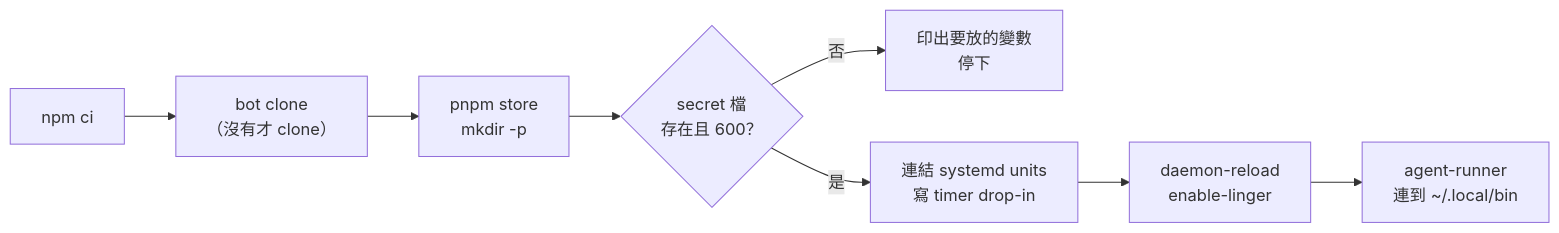
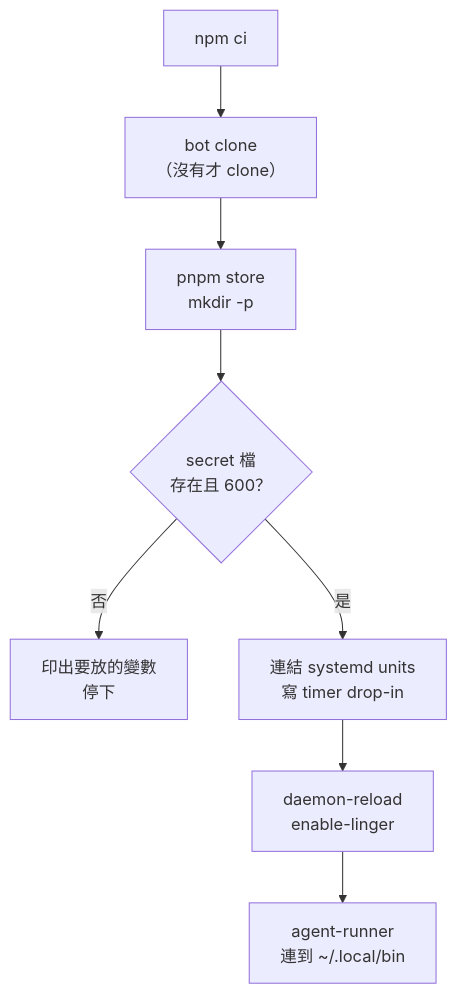
One commit to henry5720/agent-runner changed the fifth of 5 diagrams in README.md. Above: the diagram before and after it, drawn with Mermaid. The commit also changed other lines of this file, not shown here.

First line of the commit message:
docs: README 的圖照畫圖規則改，並對齊整合分支的行為

````diff
--- a/README.md
+++ b/README.md
@@ -238,10 +213,10 @@
 ```mermaid
-flowchart LR
+flowchart TD
   A["npm ci"] --> B["bot clone<br/>（沒有才 clone）"]
   B --> C["pnpm store<br/>mkdir -p"]
   C --> D{"secret 檔<br/>存在且 600？"}
   D -- "否" --> X["印出要放的變數<br/>停下"]
   D -- "是" --> E["連結 systemd units<br/>寫 timer drop-in"]
   E --> F["daemon-reload<br/>enable-linger"]
   F --> G["agent-runner<br/>連到 ~/.local/bin"]
 ```
````
